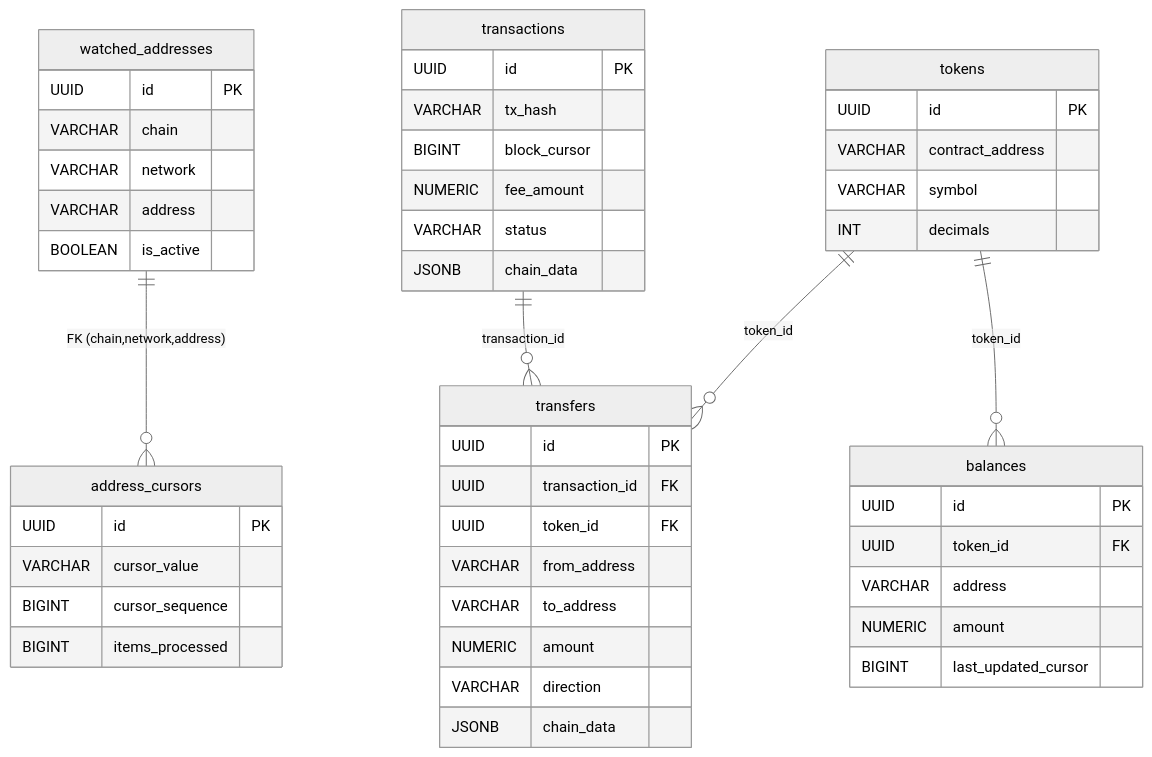
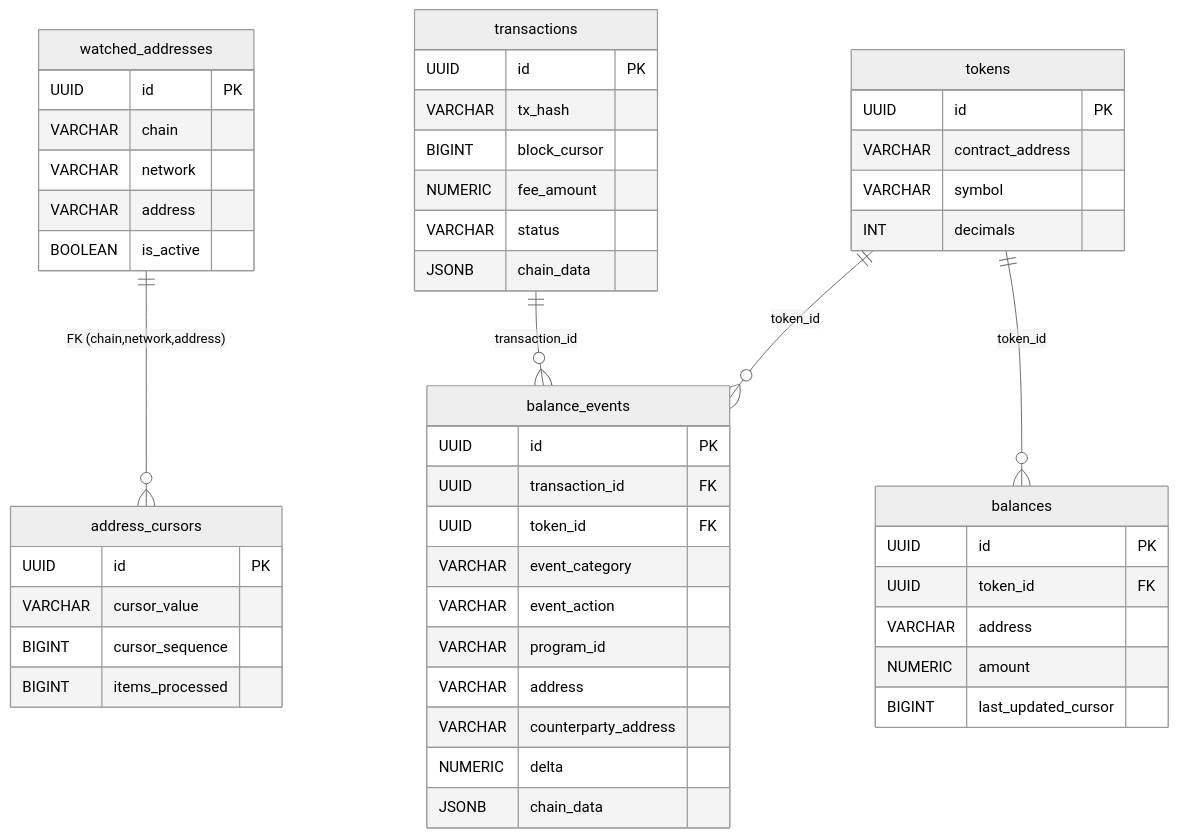
The fourth of 4 diagrams in README.md (emperorhan/multichain-indexer), drawn with Mermaid (neutral theme) before and after one commit. The commit also changed other lines of this file and 41 other files, not shown here.

First line of the commit message:
Implement plugin-based balance event architecture

````diff
--- a/README.md
+++ b/README.md
@@ -220,57 +218,59 @@
 ```mermaid
 erDiagram
     watched_addresses ||--o{ address_cursors : "FK (chain,network,address)"
-    transactions ||--o{ transfers : "transaction_id"
-    tokens ||--o{ transfers : "token_id"
+    transactions ||--o{ balance_events : "transaction_id"
+    tokens ||--o{ balance_events : "token_id"
     tokens ||--o{ balances : "token_id"
 
     watched_addresses {
         UUID id PK
         VARCHAR chain
         VARCHAR network
         VARCHAR address
         BOOLEAN is_active
     }
 
     address_cursors {
         UUID id PK
         VARCHAR cursor_value
         BIGINT cursor_sequence
         BIGINT items_processed
     }
 
     transactions {
         UUID id PK
         VARCHAR tx_hash
         BIGINT block_cursor
         NUMERIC fee_amount
         VARCHAR status
         JSONB chain_data
     }
 
-    transfers {
+    balance_events {
         UUID id PK
         UUID transaction_id FK
         UUID token_id FK
-        VARCHAR from_address
-        VARCHAR to_address
-        NUMERIC amount
-        VARCHAR direction
+        VARCHAR event_category
+        VARCHAR event_action
+        VARCHAR program_id
+        VARCHAR address
+        VARCHAR counterparty_address
+        NUMERIC delta
         JSONB chain_data
     }
 
     balances {
         UUID id PK
         UUID token_id FK
         VARCHAR address
         NUMERIC amount
         BIGINT last_updated_cursor
     }
 
     tokens {
         UUID id PK
         VARCHAR contract_address
         VARCHAR symbol
         INT decimals
     }
 ```
````
